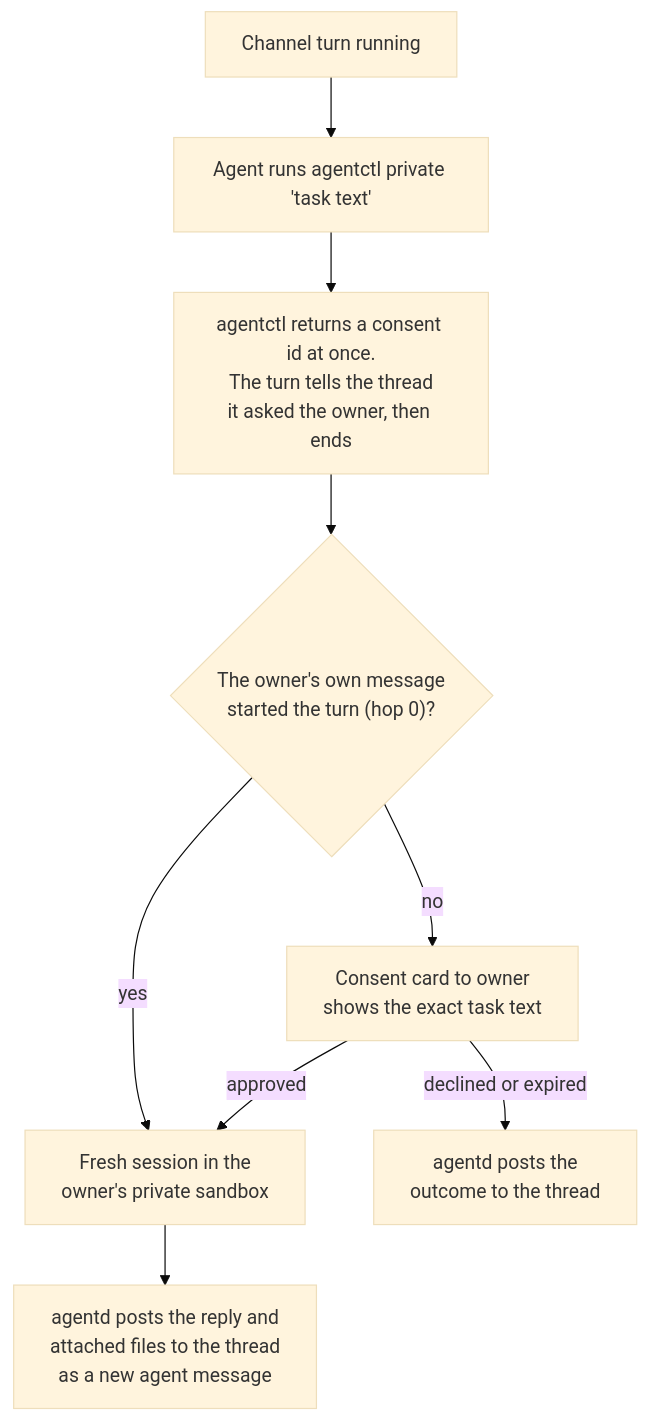
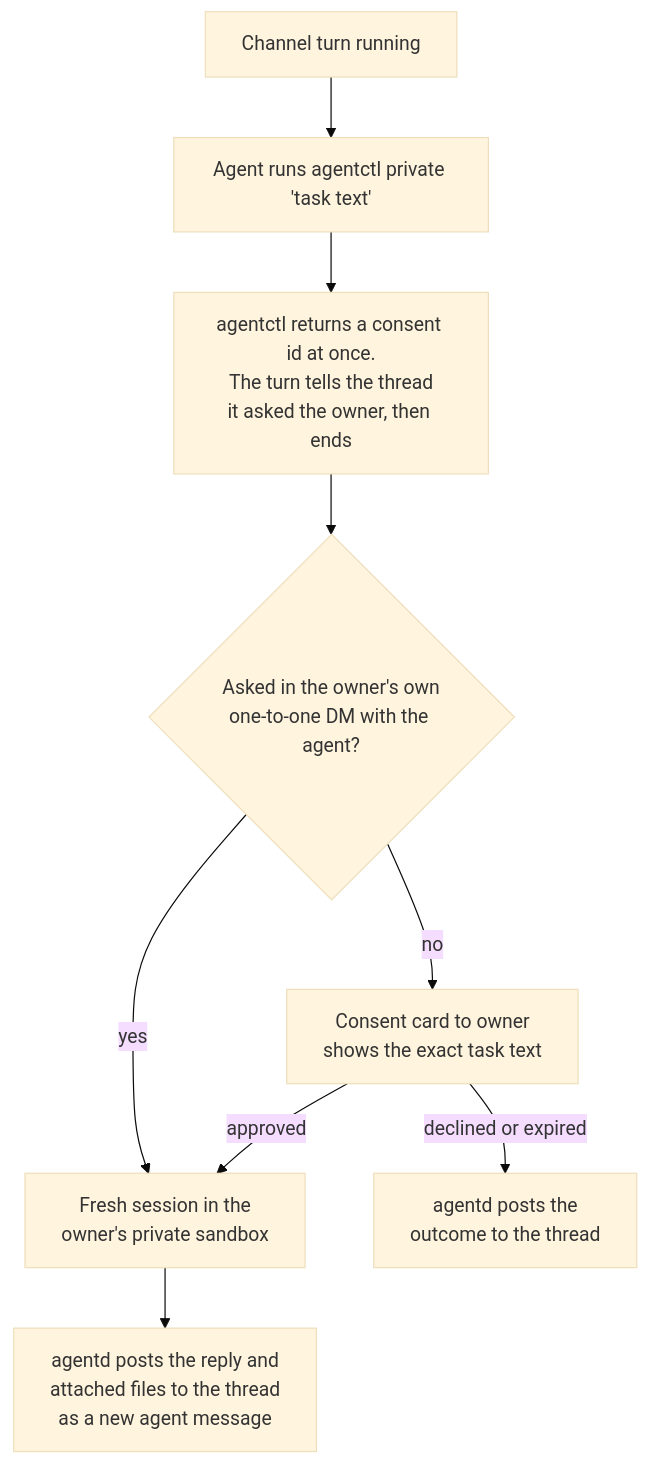
The third of 7 diagrams in docs/design.md (agentsky/agent-core), drawn with Mermaid (base theme) before and after one commit. The commit also changed other lines of this file and 26 other files, not shown here.

````diff
--- a/docs/design.md
+++ b/docs/design.md
@@ -349,11 +349,11 @@
 ```mermaid
 flowchart TD
     T["Channel turn running"] --> R["Agent runs agentctl private 'task text'"]
     R --> ID["agentctl returns a consent id at once.<br/>The turn tells the thread<br/>it asked the owner, then ends"]
-    ID --> O{"The owner's own message<br/>started the turn (hop 0)?"}
+    ID --> O{"Asked in the owner's own<br/>one-to-one DM with the agent?"}
     O -- yes --> RUN["Fresh session in the<br/>owner's private sandbox"]
     O -- no --> CN["Consent card to owner<br/>shows the exact task text"]
     CN -- approved --> RUN
     CN -- "declined or expired" --> DN["agentd posts the<br/>outcome to the thread"]
     RUN --> RES["agentd posts the reply and<br/>attached files to the thread<br/>as a new agent message"]
 ```
````
